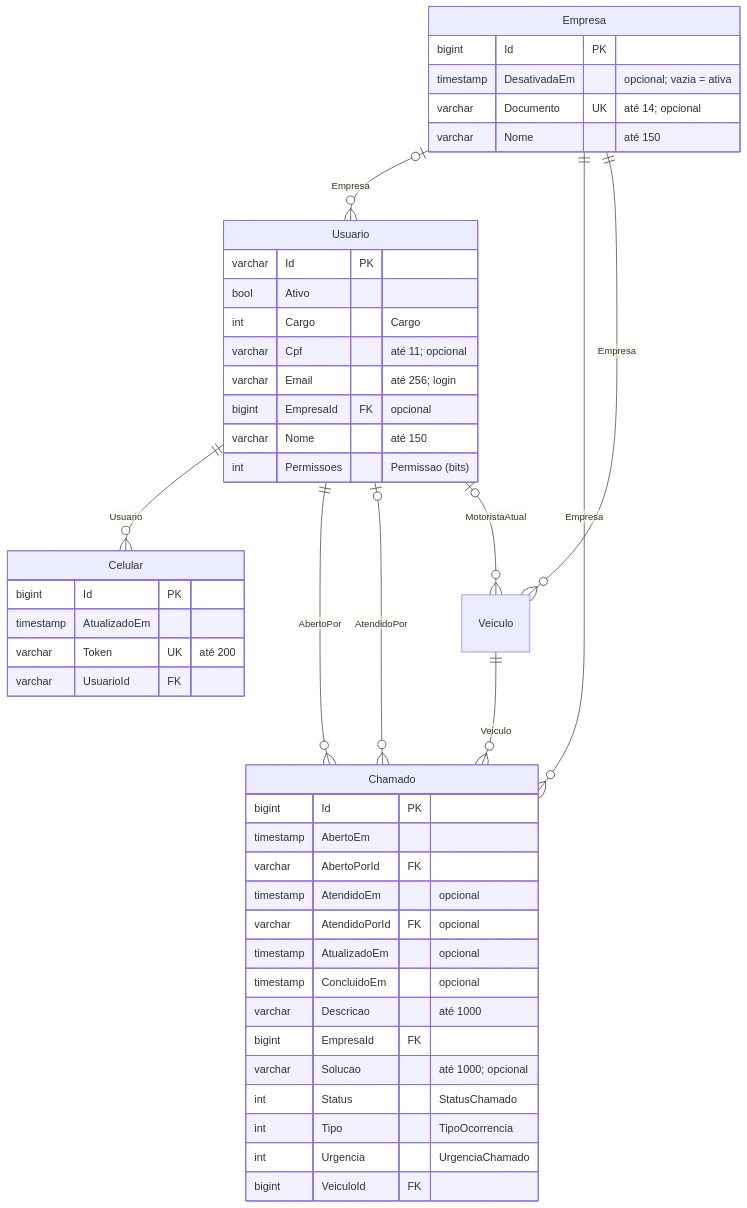
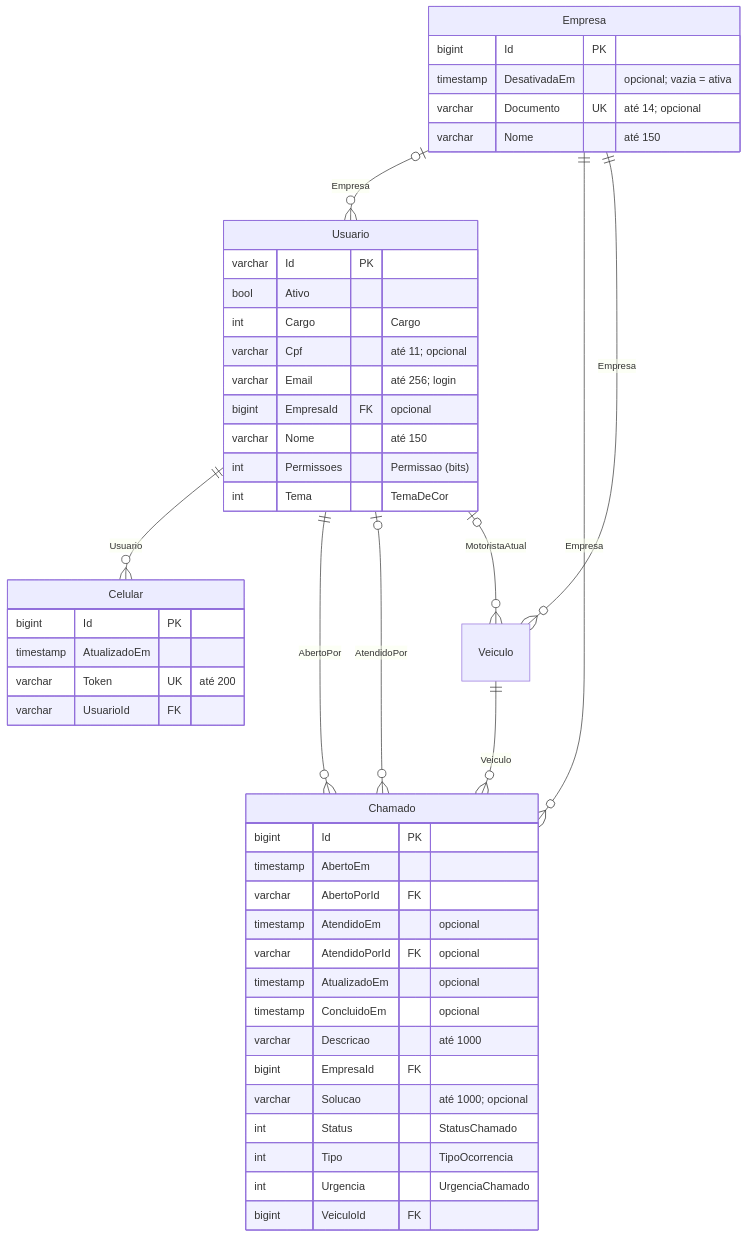
The fourth of 4 diagrams in docs/banco-de-dados.md (LeandroPoletti/CheckTruck), drawn with Mermaid before and after one commit. The commit also changed 94 other files, not shown here.

````diff
--- a/docs/banco-de-dados.md
+++ b/docs/banco-de-dados.md
@@ -227,49 +227,50 @@
 ```mermaid
 erDiagram
     Empresa {
         bigint Id PK
         timestamp DesativadaEm "opcional; vazia = ativa"
         varchar Documento UK "até 14; opcional"
         varchar Nome "até 150"
     }
     Usuario {
         varchar Id PK
         bool Ativo
         int Cargo "Cargo"
         varchar Cpf "até 11; opcional"
         varchar Email "até 256; login"
         bigint EmpresaId FK "opcional"
         varchar Nome "até 150"
         int Permissoes "Permissao (bits)"
+        int Tema "TemaDeCor"
     }
     Celular {
         bigint Id PK
         timestamp AtualizadoEm
         varchar Token UK "até 200"
         varchar UsuarioId FK
     }
     Chamado {
         bigint Id PK
         timestamp AbertoEm
         varchar AbertoPorId FK
         timestamp AtendidoEm "opcional"
         varchar AtendidoPorId FK "opcional"
         timestamp AtualizadoEm "opcional"
         timestamp ConcluidoEm "opcional"
         varchar Descricao "até 1000"
         bigint EmpresaId FK
         varchar Solucao "até 1000; opcional"
         int Status "StatusChamado"
         int Tipo "TipoOcorrencia"
         int Urgencia "UrgenciaChamado"
         bigint VeiculoId FK
     }
     Empresa |o--o{ Usuario : "Empresa"
     Usuario ||--o{ Celular : "Usuario"
     Usuario ||--o{ Chamado : "AbertoPor"
     Usuario |o--o{ Chamado : "AtendidoPor"
     Empresa ||--o{ Chamado : "Empresa"
     Veiculo ||--o{ Chamado : "Veiculo"
     Empresa ||--o{ Veiculo : "Empresa"
     Usuario |o--o{ Veiculo : "MotoristaAtual"
 ```
````
